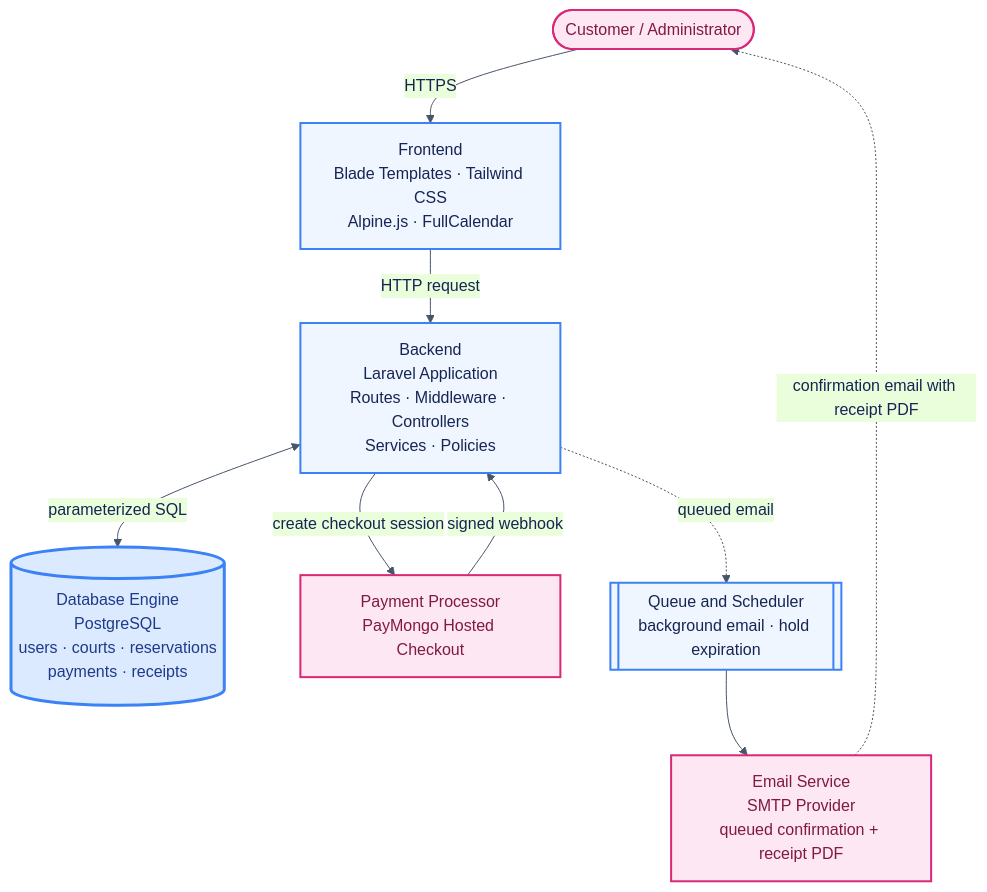
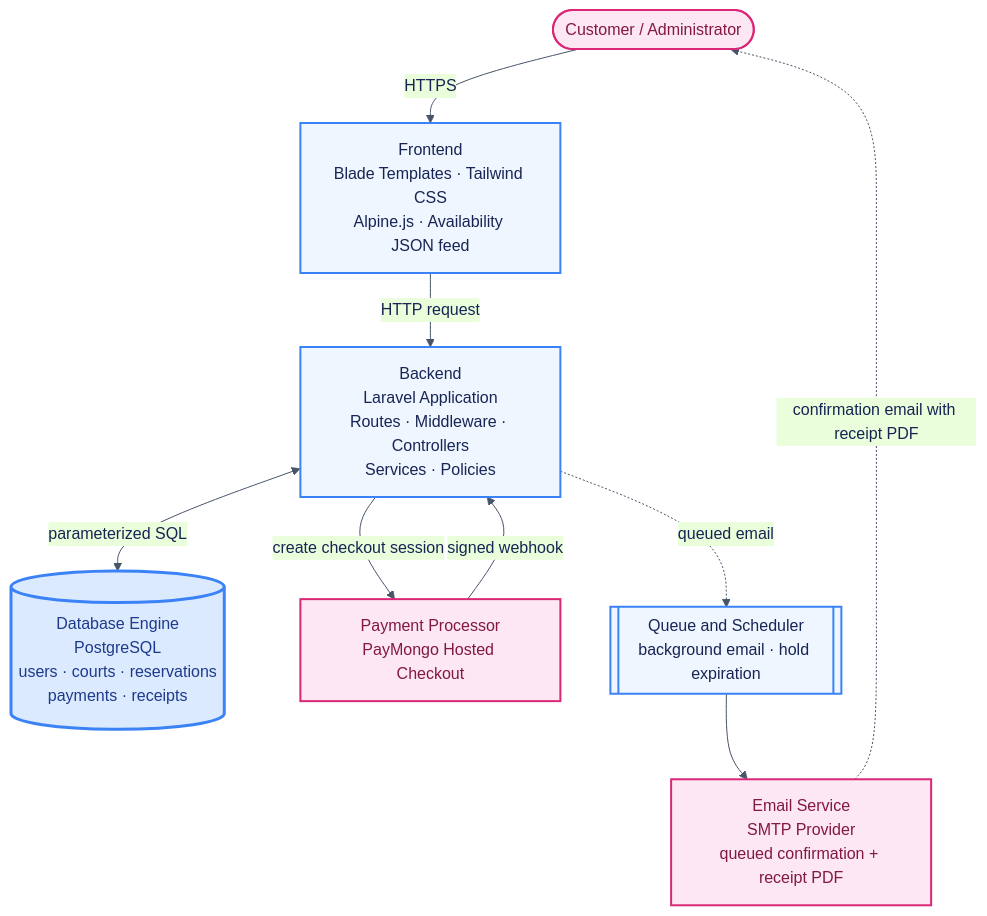
Before and after one commit to Ruzz-1010/Private-Sports-Court-Reservation-System: the second of 5 diagrams in docs/planning/ARCHITECTURE_DIAGRAMS.md, drawn with Mermaid. The commit also changed 3 other files, not shown here.

````diff
--- a/docs/planning/ARCHITECTURE_DIAGRAMS.md
+++ b/docs/planning/ARCHITECTURE_DIAGRAMS.md
@@ -87,30 +87,30 @@
 ```mermaid
 %%{init: {"theme":"base","themeVariables":{"background":"#FFFFFF","primaryColor":"#DBEAFE","primaryTextColor":"#172554","primaryBorderColor":"#2563EB","lineColor":"#475569","fontFamily":"Arial"}}}%%
 flowchart TB
     classDef ext fill:#FCE7F3,color:#831843,stroke:#DB2777,stroke-width:2px;
     classDef box fill:#EFF6FF,color:#172554,stroke:#3B82F6,stroke-width:2px;
     classDef db fill:#DBEAFE,color:#1E3A8A,stroke:#3B82F6,stroke-width:3px;
 
     BROWSER(["Customer / Administrator"])
 
-    FE["Frontend<br/>Blade Templates · Tailwind CSS<br/>Alpine.js · FullCalendar"]
+    FE["Frontend<br/>Blade Templates · Tailwind CSS<br/>Alpine.js · Availability JSON feed"]
     BE["Backend<br/>Laravel Application<br/>Routes · Middleware · Controllers<br/>Services · Policies"]
     DB[("Database Engine<br/>PostgreSQL<br/>users · courts · reservations<br/>payments · receipts")]
     PAY["Payment Processor<br/>PayMongo Hosted Checkout"]
     MAIL["Email Service<br/>SMTP Provider<br/>queued confirmation + receipt PDF"]
 
     QUEUE[["Queue and Scheduler<br/>background email · hold expiration"]]
 
     BROWSER -->|"HTTPS"| FE
     FE -->|"HTTP request"| BE
     BE <-->|"parameterized SQL"| DB
     BE -->|"create checkout session"| PAY
     PAY -->|"signed webhook"| BE
     BE -.->|"queued email"| QUEUE
     QUEUE --> MAIL
     MAIL -.->|"confirmation email with receipt PDF"| BROWSER
 
     class BROWSER,PAY,MAIL ext;
     class FE,BE,QUEUE box;
     class DB db;
 ```
````
